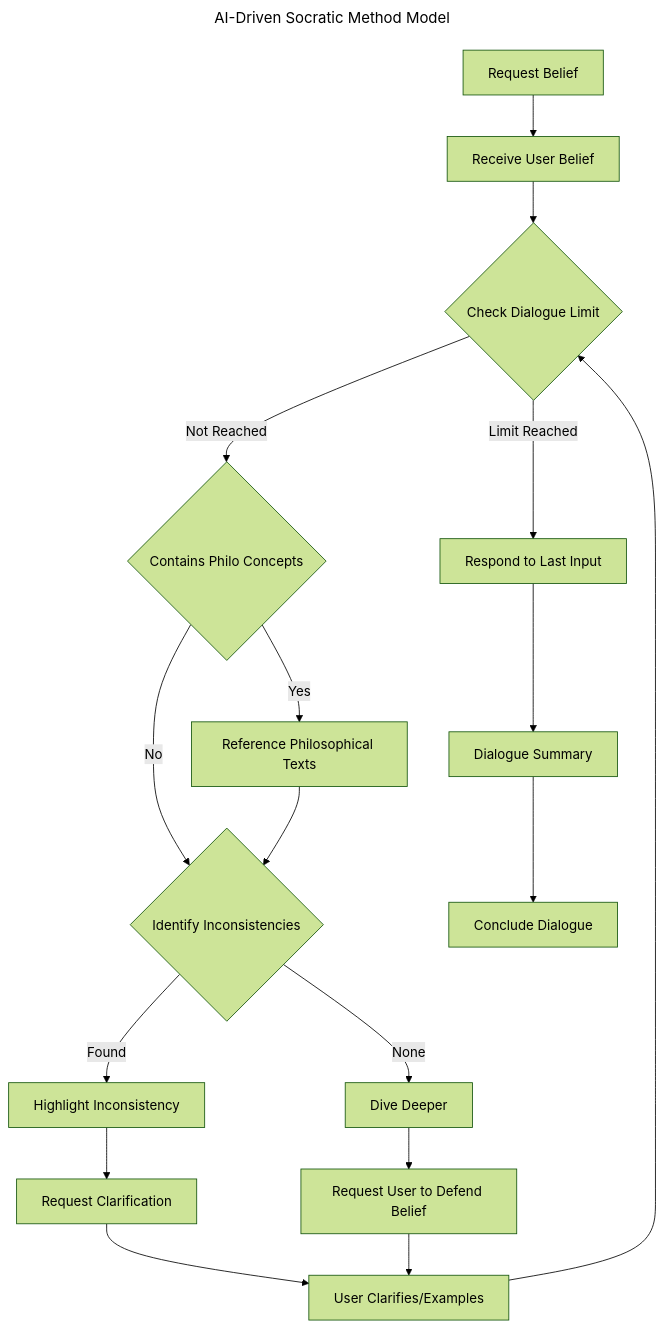
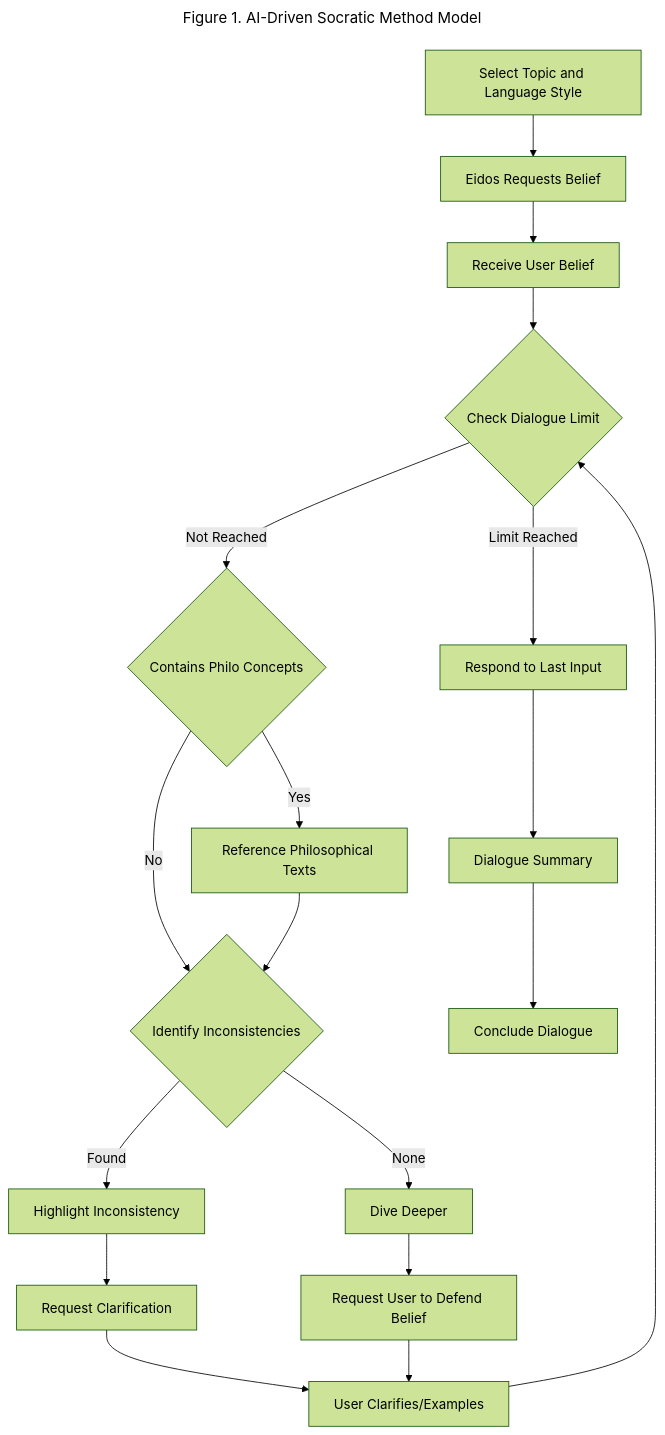
One commit to rixmape/eidos changed the diagram in README.md. Above: the diagram before and after it, drawn with Mermaid (forest theme). The commit also changed 2 other files, not shown here.

Commit message:
Update to add formal model

````diff
--- a/README.md
+++ b/README.md
@@ -23,30 +23,31 @@
 ```mermaid
 ---
-title: AI-Driven Socratic Method Model
+title: Figure 1. AI-Driven Socratic Method Model
 ---
 flowchart TD
-   A[Request Belief] --> B[Receive User Belief]
-   B --> C{Check Dialogue Limit}
+    A[Select Topic and Language Style] --> B[Eidos Requests Belief]
+    B --> C[Receive User Belief]
+    C --> D{Check Dialogue Limit}
 
-   C -- Not Reached --> D{Contains Philo Concepts}
+    D -- Not Reached --> E{Contains Philo Concepts}
 
-   D -- Yes --> E
-   E[Reference Philosophical Texts]
+    E -- Yes --> F
+    F[Reference Philosophical Texts]
 
-   D -- No --> F
+    E -- No --> G
 
-   E --> F{Identify Inconsistencies}
+    F --> G{Identify Inconsistencies}
 
-   F -- Found --> G[Highlight Inconsistency]
-   G --> H[Request Clarification]
-   H --> I[User Clarifies/Examples]
-   I --> C
+    G -- Found --> H[Highlight Inconsistency]
+    H --> I[Request Clarification]
+    I --> J[User Clarifies/Examples]
+    J --> D
 
-   F -- None --> J[Dive Deeper]
-   J --> K[Request User to Defend Belief]
-   K --> I
+    G -- None --> K[Dive Deeper]
+    K --> L[Request User to Defend Belief]
+    L --> J
 
-   C -- Limit Reached --> L[Respond to Last Input]
-   L --> M[Dialogue Summary]
-   M --> O[Conclude Dialogue]
+    D -- Limit Reached --> M[Respond to Last Input]
+    M --> N[Dialogue Summary]
+    N --> O[Conclude Dialogue]
 ```
````
